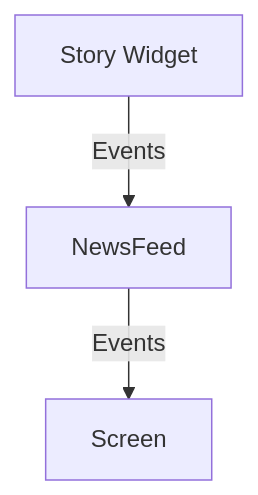
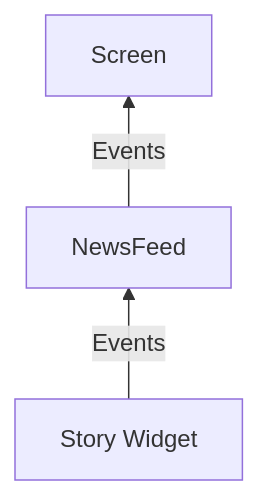
Before and after one commit to choiexe1/local: the third of 3 diagrams in Daily/2025-04/2025-04-09.md, drawn with Mermaid.

Commit message:
vault backup: 2025-04-09 19:44:07

````diff
--- a/Daily/2025-04/2025-04-09.md
+++ b/Daily/2025-04/2025-04-09.md
@@ -58,11 +58,11 @@
 ```mermaid
-graph TB
+graph BT
 
 Screen
 
 NewsFeed
 
 Story["Story Widget"]
 
 Story -->|Events| NewsFeed -->|Events| Screen
 ```
````
